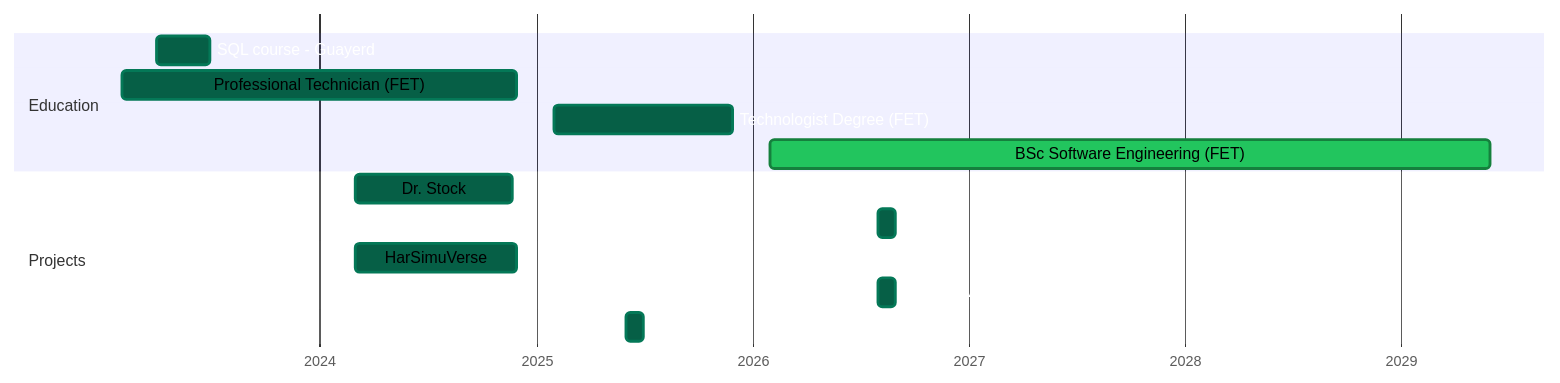
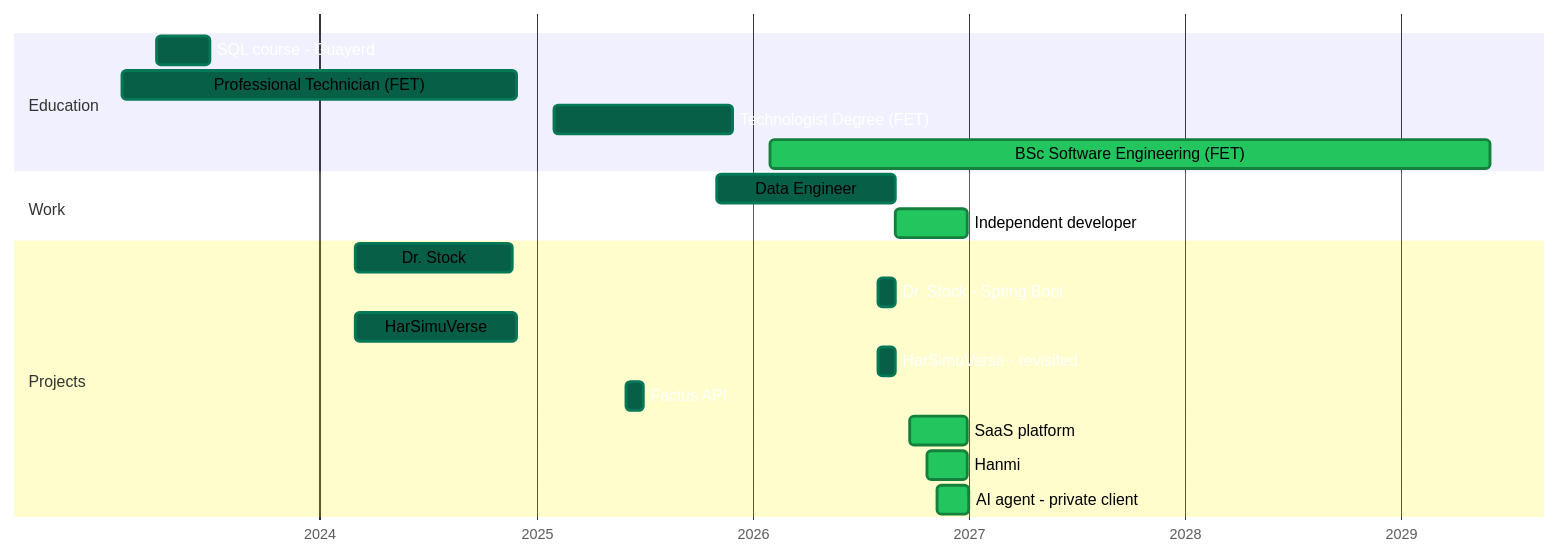
One commit to JuanJo24S/JuanJo24S changed the second of 2 diagrams in README.md. Above: the diagram before and after it, drawn with Mermaid. The commit also changed other lines of this file and 1 other file, not shown here.

Commit message:
Add independent experience and a Hanmi screenshot

````diff
--- a/README.md
+++ b/README.md
@@ -155,25 +172,31 @@
 ```mermaid
 %%{init: { 'themeVariables': {
 'doneTaskBkgColor': '#065f46',
 'doneTaskBorderColor': '#047857',
 'activeTaskBkgColor': '#22c55e',
 'activeTaskBorderColor': '#15803d',
 'taskTextColor': '#ffffff',
 'taskTextLightColor': '#ffffff',
 'taskTextOutsideColor': '#ffffff'
 }}}%%
 gantt
 dateFormat YYYY-MM-DD
 axisFormat %Y
 section Education
 SQL course - Guayerd :done, 2023-04-01, 2023-06-30
 Professional Technician (FET) :done, 2023-02-01, 2024-11-30
 Technologist Degree (FET) :done, 2025-02-01, 2025-11-30
 BSc Software Engineering (FET) :active, 2026-02-01, 2029-06-01
+section Work
+Data Engineer :done, 2025-11-01, 2026-08-31
+Independent developer :active, 2026-09-01, 2026-12-31
 section Projects
 Dr. Stock :done, 2024-03-01, 2024-11-22
 Dr. Stock - Spring Boot :done, 2026-08-01, 2026-08-31
 HarSimuVerse :done, 2024-03-01, 2024-11-30
 HarSimuVerse - revisited :done, 2026-08-01, 2026-08-31
 Factus API :done, 2025-06-01, 2025-06-30
+SaaS platform :active, 2026-09-24, 2026-12-31
+Hanmi :active, 2026-10-23, 2026-12-31
+AI agent - private client :active, 2026-11-09, 2027-01-01
 ```
````
